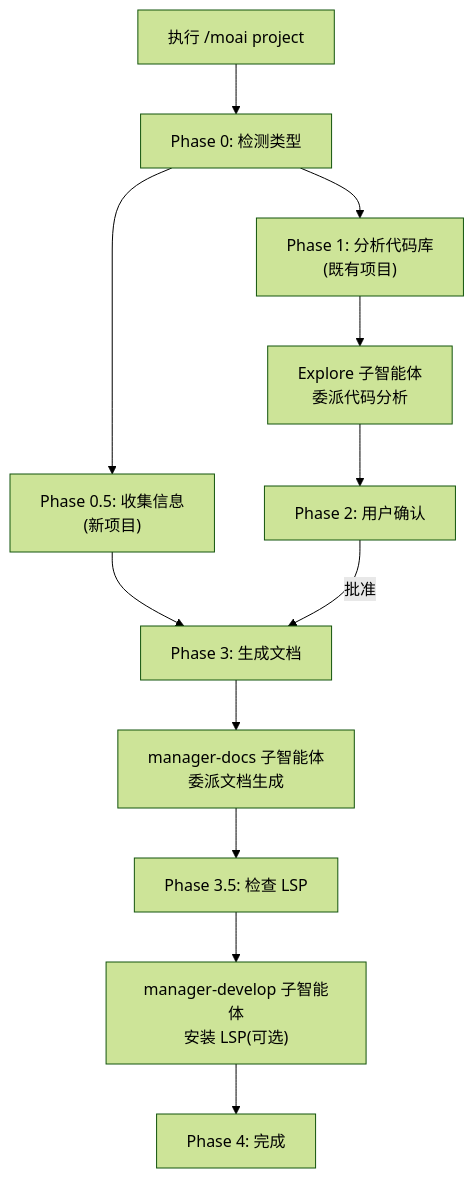
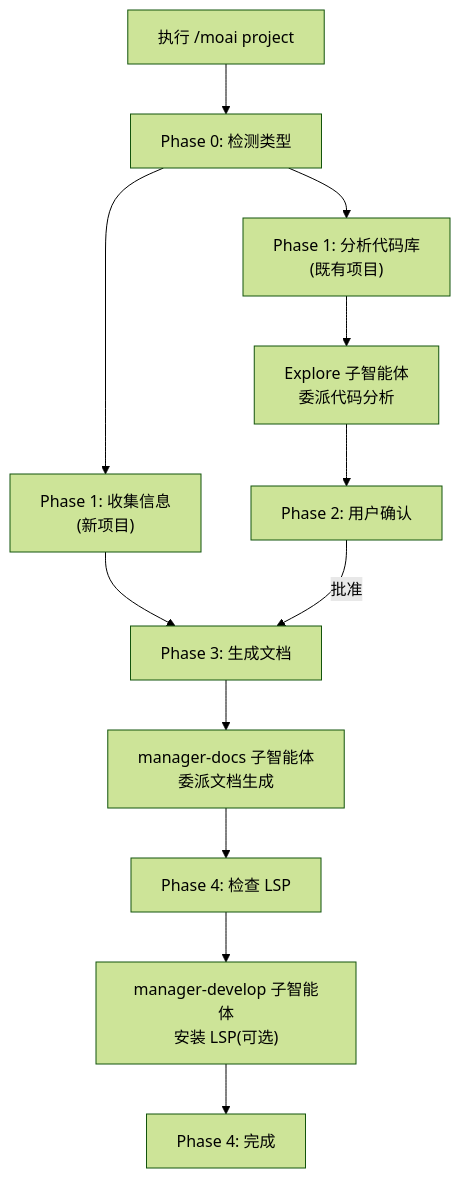
One commit to modu-ai/moai-adk changed the second of 2 diagrams in docs-site/content/zh/workflow-commands/moai-project.md. Above: the diagram before and after it, drawn with Mermaid (forest theme). The commit also changed other lines of this file and 190 other files, not shown here.

````diff
--- a/docs-site/content/zh/workflow-commands/moai-project.md
+++ b/docs-site/content/zh/workflow-commands/moai-project.md
@@ -506,18 +506,18 @@
 ```mermaid
 flowchart TD
     Start["执行 /moai project"] --> Phase0["Phase 0: 检测类型"]
-    Phase0 --> Phase05["Phase 0.5: 收集信息<br/>(新项目)"]
+    Phase0 --> Phase05["Phase 1: 收集信息<br/>(新项目)"]
     Phase0 --> Phase1["Phase 1: 分析代码库<br/>(既有项目)"]
 
     Phase1 --> Explore["Explore 子智能体<br/>委派代码分析"]
     Explore --> Phase2["Phase 2: 用户确认"]
 
     Phase05 --> Phase3["Phase 3: 生成文档"]
     Phase2 -->|批准| Phase3
 
     Phase3 --> Docs["manager-docs 子智能体<br/>委派文档生成"]
-    Docs --> Phase35["Phase 3.5: 检查 LSP"]
+    Docs --> Phase35["Phase 4: 检查 LSP"]
 
     Phase35 --> DevOps["manager-develop 子智能体<br/>安装 LSP(可选)"]
     DevOps --> Phase4["Phase 4: 完成"]
 ```
````
